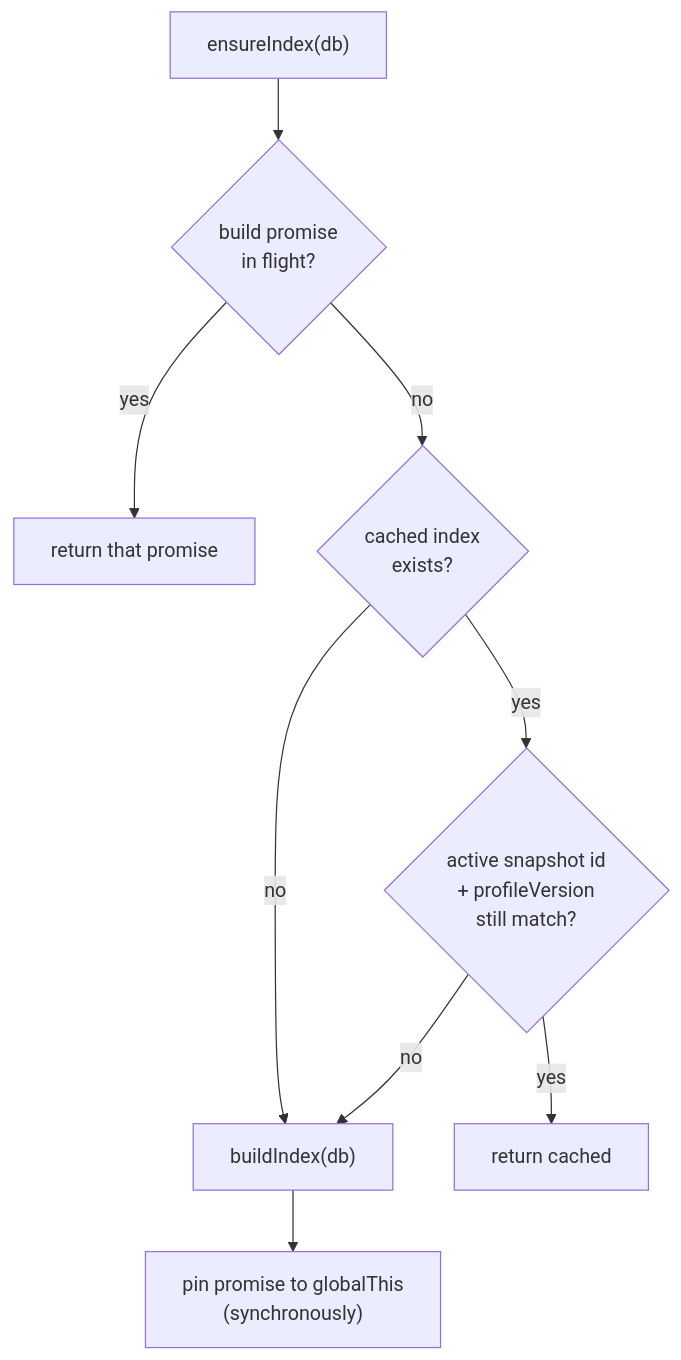
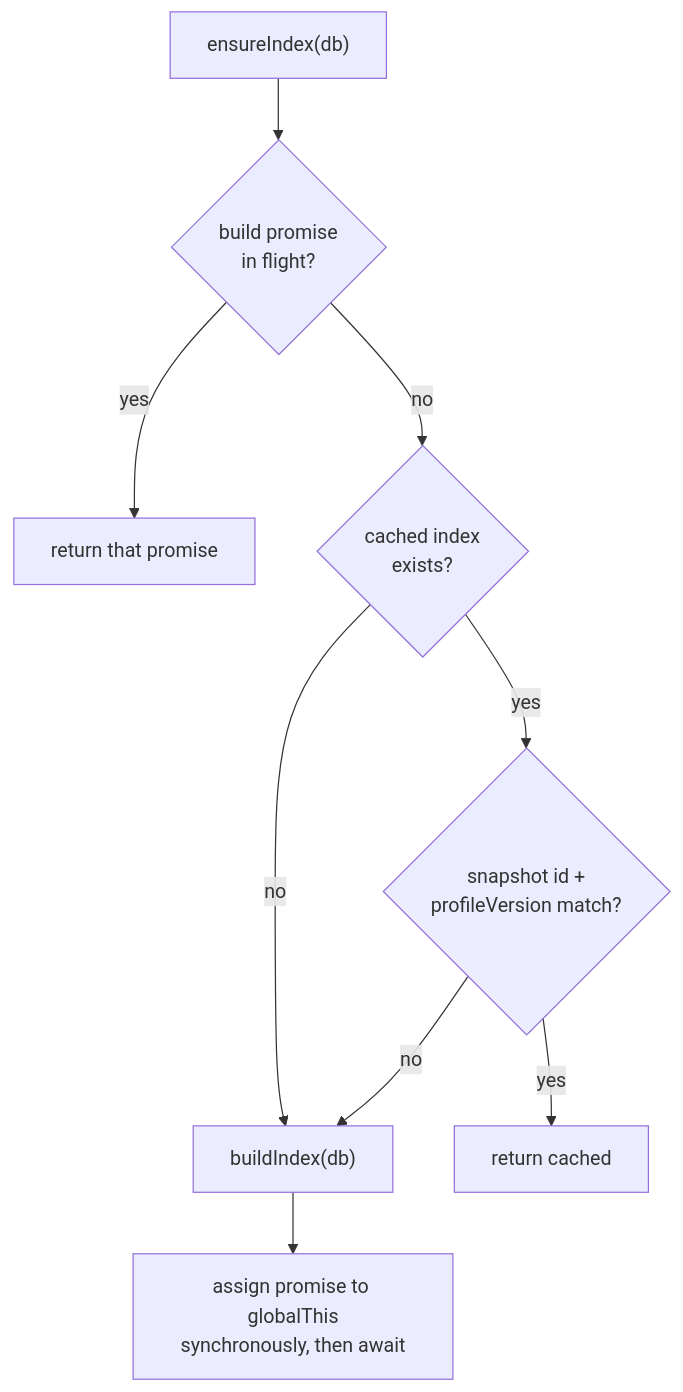
One commit to kasheesh711/bgscheduler changed the second of 2 diagrams in docs/handbook/conventions.md. Above: the diagram before and after it, drawn with Mermaid. The commit also changed other lines of this file and 71 other files, not shown here.

````diff
--- a/docs/handbook/conventions.md
+++ b/docs/handbook/conventions.md
@@ -130,11 +216,11 @@
 ```mermaid
 flowchart TD
   C["ensureIndex(db)"] --> IF{"build promise<br/>in flight?"}
   IF -- yes --> RET["return that promise"]
   IF -- no --> CA{"cached index<br/>exists?"}
   CA -- no --> BUILD["buildIndex(db)"]
-  CA -- yes --> FRESH{"active snapshot id<br/>+ profileVersion<br/>still match?"}
+  CA -- yes --> FRESH{"snapshot id +<br/>profileVersion match?"}
   FRESH -- yes --> USE["return cached"]
   FRESH -- no --> BUILD
-  BUILD --> PIN["pin promise to globalThis<br/>(synchronously)"]
+  BUILD --> PIN["assign promise to globalThis<br/>synchronously, then await"]
 ```
````
